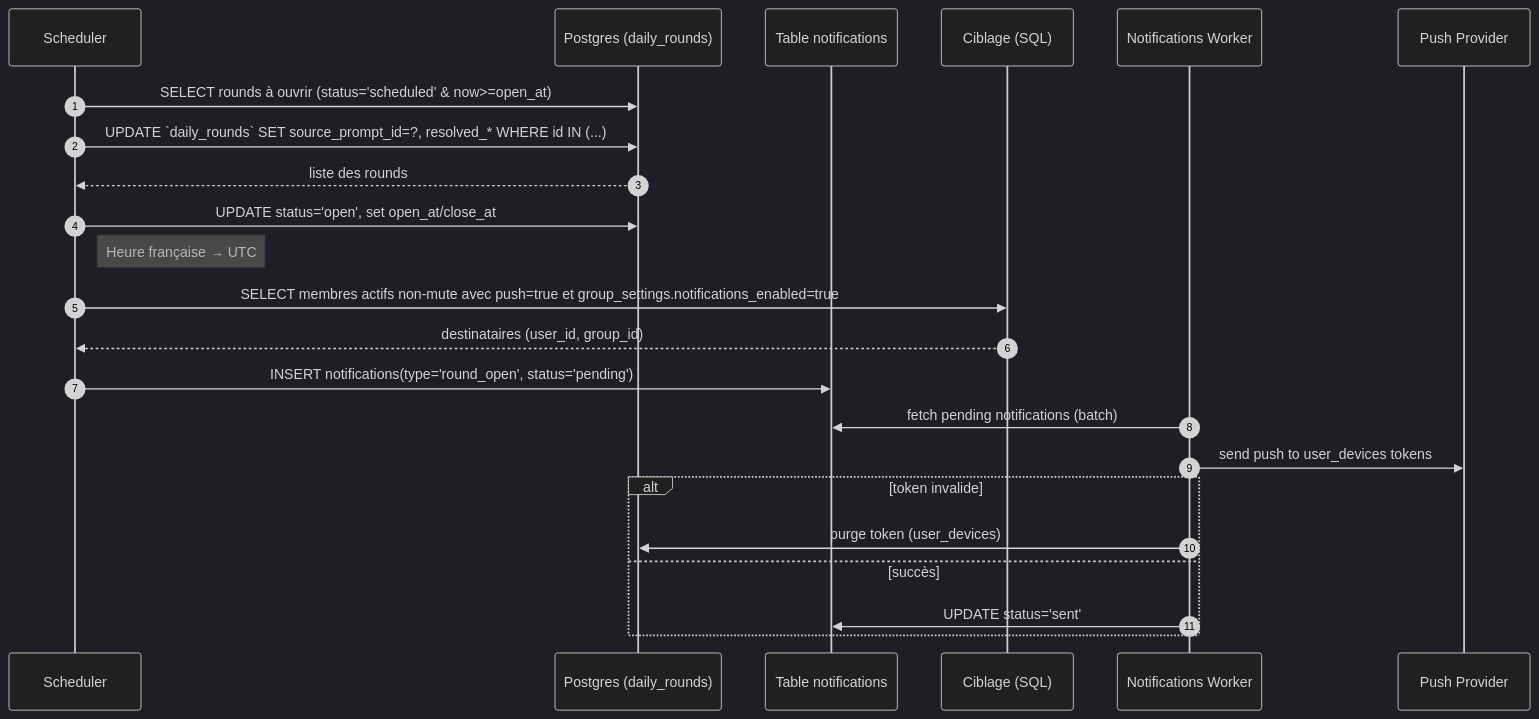
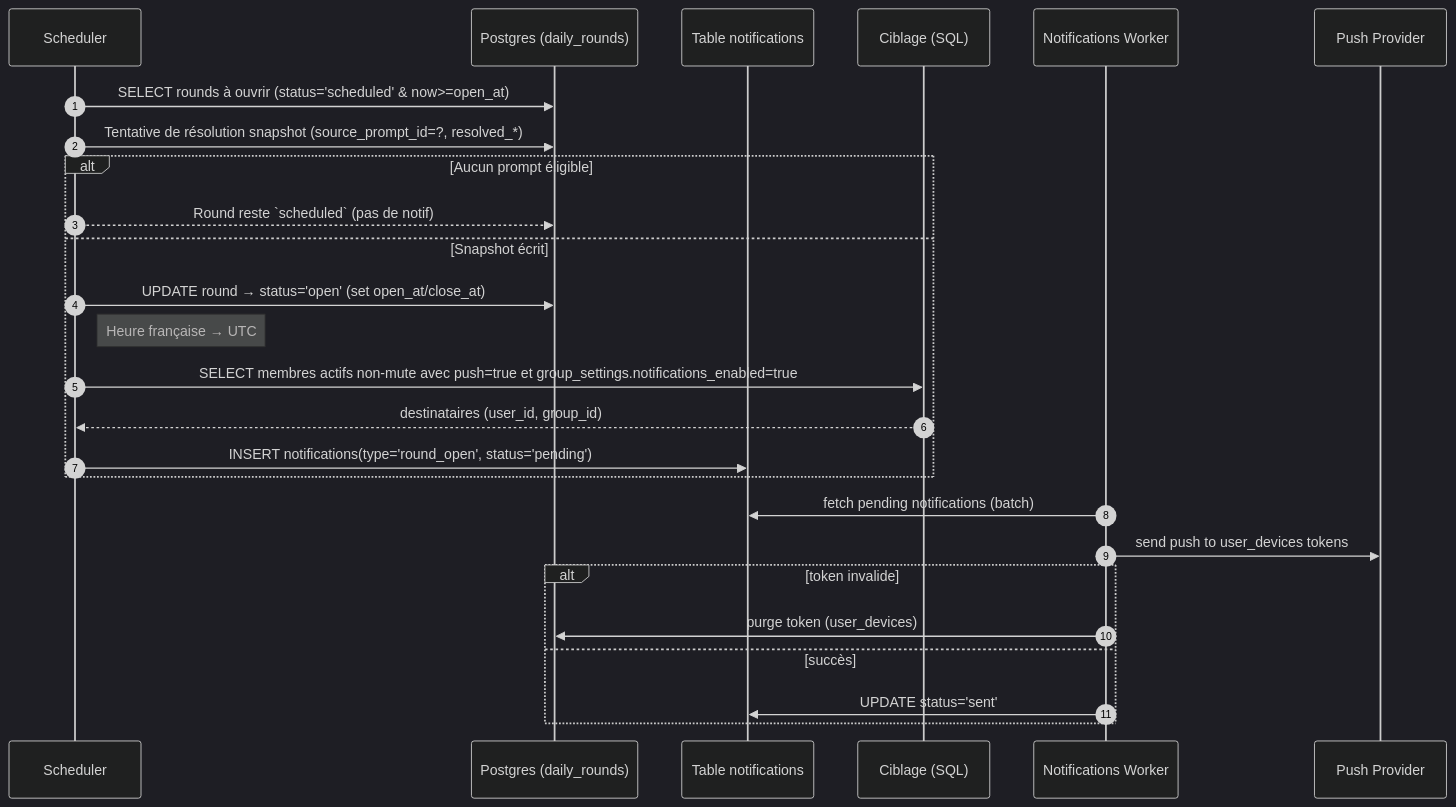
One commit to Adrien490/jimboa changed the first of 2 diagrams in docs/workflows.md. Above: the diagram before and after it, drawn with Mermaid (dark theme). The commit also changed other lines of this file and 5 other files, not shown here.

````diff
--- a/docs/workflows.md
+++ b/docs/workflows.md
@@ -48,26 +54,29 @@
 ```mermaid
 sequenceDiagram
   autonumber
   participant Cron as Scheduler
   participant DB as Postgres (daily_rounds)
   participant NQ as Table notifications
   participant Sel as Ciblage (SQL)
   participant NW as Notifications Worker
   participant Push as Push Provider
 
   Cron->>DB: SELECT rounds à ouvrir (status='scheduled' & now>=open_at)
-  Cron->>DB: UPDATE `daily_rounds` SET source_prompt_id=?, resolved_* WHERE id IN (...)
-  DB-->>Cron: liste des rounds
-  Cron->>DB: UPDATE status='open', set open_at/close_at
-  Note right of Cron: Heure française → UTC
-  Cron->>Sel: SELECT membres actifs non-mute avec push=true et group_settings.notifications_enabled=true
-  Sel-->>Cron: destinataires (user_id, group_id)
-  Cron->>NQ: INSERT notifications(type='round_open', status='pending')
+  Cron->>DB: Tentative de résolution snapshot (source_prompt_id=?, resolved_*)
+  alt Aucun prompt éligible
+    Cron-->>DB: Round reste `scheduled` (pas de notif)
+  else Snapshot écrit
+    Cron->>DB: UPDATE round → status='open' (set open_at/close_at)
+    Note right of Cron: Heure française → UTC
+    Cron->>Sel: SELECT membres actifs non-mute avec push=true et group_settings.notifications_enabled=true
+    Sel-->>Cron: destinataires (user_id, group_id)
+    Cron->>NQ: INSERT notifications(type='round_open', status='pending')
+  end
   NW->>NQ: fetch pending notifications (batch)
   NW->>Push: send push to user_devices tokens
   alt token invalide
     NW->>DB: purge token (user_devices)
   else succès
     NW->>NQ: UPDATE status='sent'
   end
 ```
````
